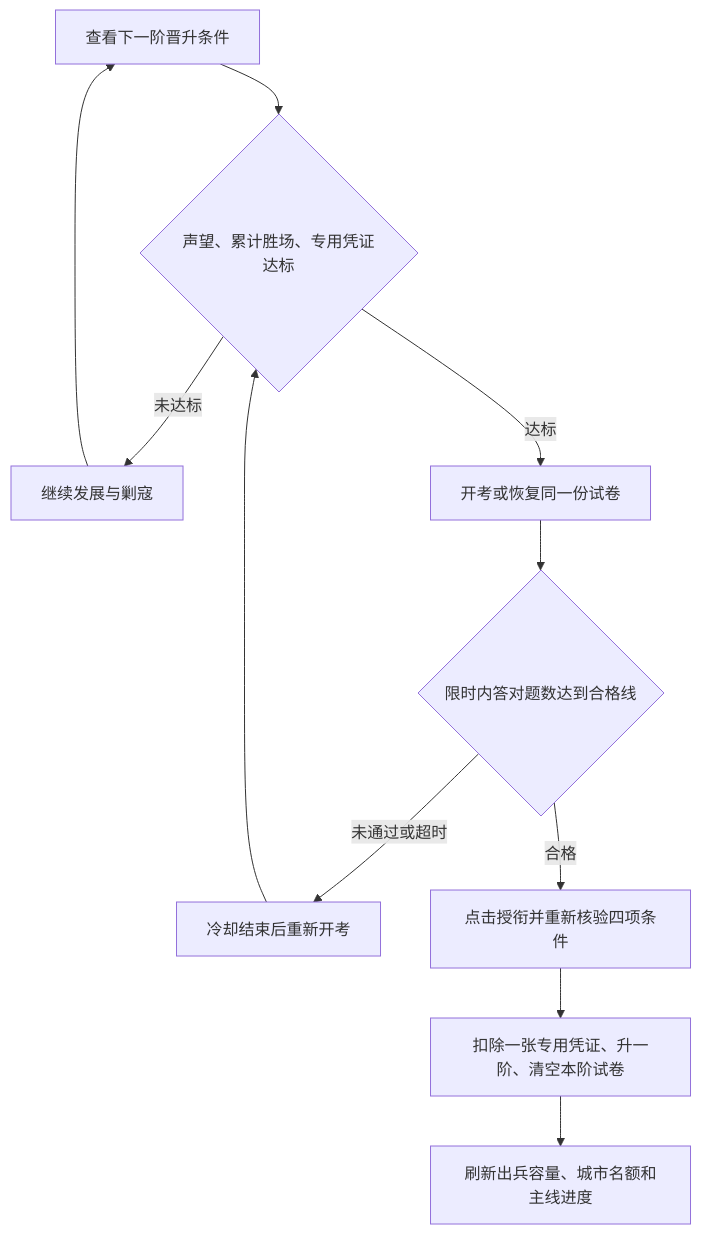
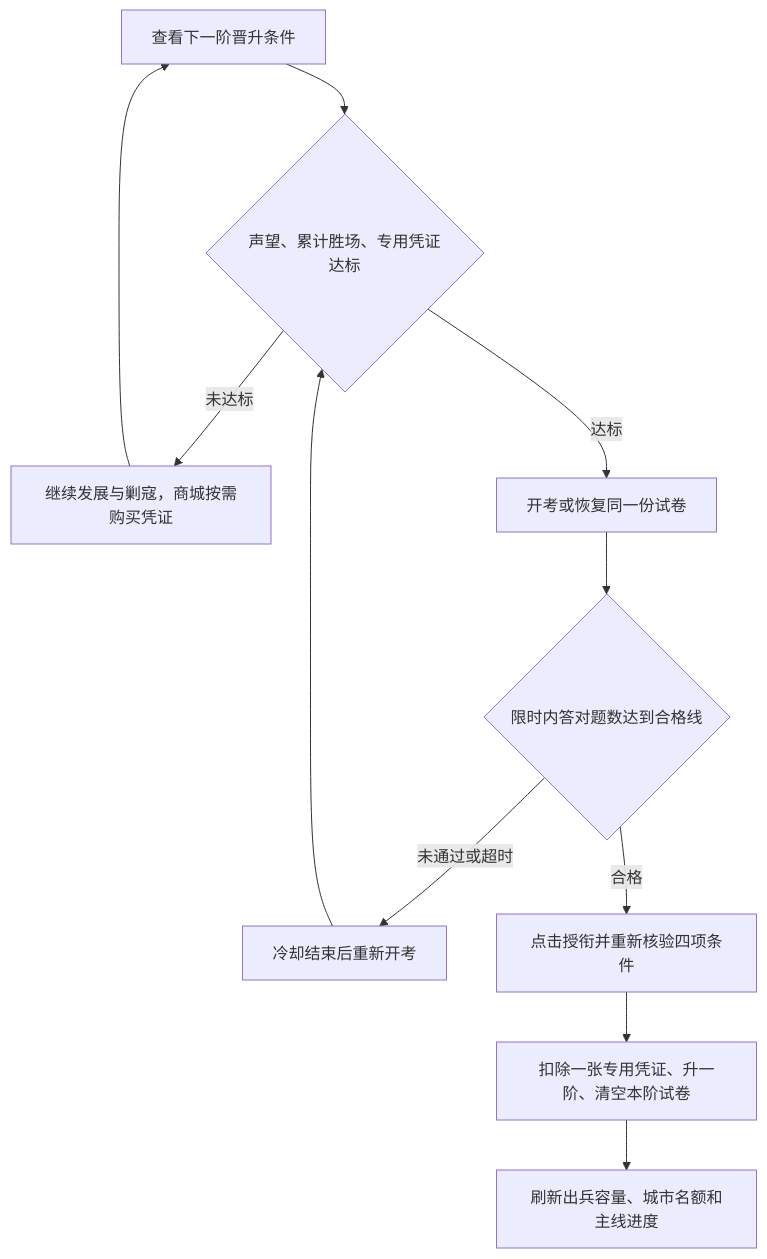
Before and after one commit to wangyuan123/Mountain-and-River-Expedition-Record: the diagram in docs/RANK_PROMOTION.md, drawn with Mermaid. The commit also changed other lines of this file and 238 other files, not shown here.

````diff
--- a/docs/RANK_PROMOTION.md
+++ b/docs/RANK_PROMOTION.md
@@ -11,13 +11,13 @@
 ```mermaid
 flowchart TD
     A[查看下一阶晋升条件] --> B{声望、累计胜场、专用凭证达标}
-    B -->|未达标| C[继续发展与剿寇]
+    B -->|未达标| C[继续发展与剿寇，商城按需购买凭证]
     C --> A
     B -->|达标| D[开考或恢复同一份试卷]
     D --> E{限时内答对题数达到合格线}
     E -->|未通过或超时| F[冷却结束后重新开考]
     F --> B
     E -->|合格| G[点击授衔并重新核验四项条件]
     G --> H[扣除一张专用凭证、升一阶、清空本阶试卷]
     H --> I[刷新出兵容量、城市名额和主线进度]
 ```
````
